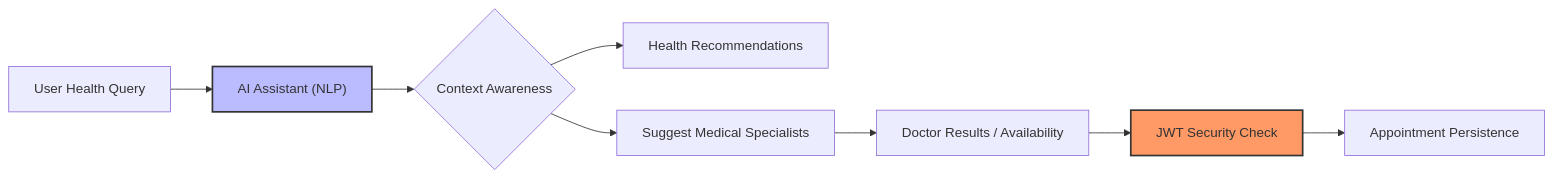
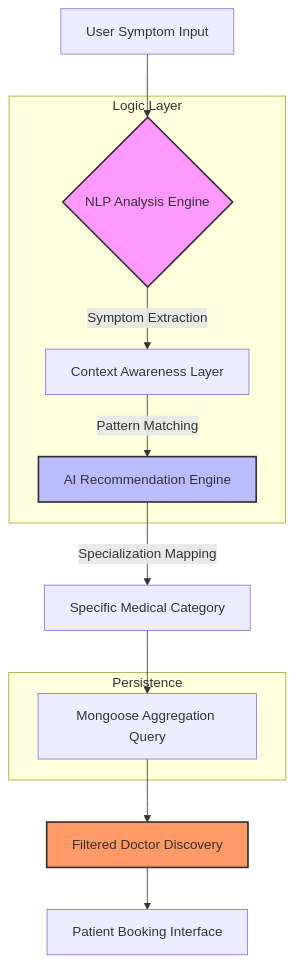
Before and after one commit to AmiTtiwari43/AmiTtiwari43: the third of 3 diagrams in README.md, drawn with Mermaid. The commit also changed other lines of this file, not shown here.

Commit message:
docs: Update README with new diagrams for secure appointment/payment pipeline and AI health triage.

````diff
--- a/README.md
+++ b/README.md
@@ -155,13 +159,24 @@
 ```mermaid
-graph LR
-    Input[User Health Query] --> AI["AI Assistant (NLP)"]
-    AI --> Logic{Context Awareness}
-    Logic --> Recommend[Health Recommendations]
-    Logic --> Search[Suggest Medical Specialists]
-    Search --> DocList[Doctor Results / Availability]
-    DocList --> Auth[JWT Security Check]
-    Auth --> Book[Appointment Persistence]
+graph TD
+    A[User Symptom Input] --> B{NLP Analysis Engine}
+    B -->|Symptom Extraction| C[Context Awareness Layer]
+    C -->|Pattern Matching| D[AI Recommendation Engine]
+    D -->|Specialization Mapping| E[Specific Medical Category]
+    E --> F[Mongoose Aggregation Query]
+    F --> G[Filtered Doctor Discovery]
+    G --> H[Patient Booking Interface]
+
+    subgraph "Logic Layer"
+        B
+        C
+        D
+    end
     
-    style AI fill:#bbf,stroke:#333,stroke-width:2px
-    style Auth fill:#f96,stroke:#333,stroke-width:2px
+    subgraph "Persistence"
+        F
+    end
+
+    style B fill:#f9f,stroke:#333,stroke-width:2px
+    style D fill:#bbf,stroke:#333,stroke-width:2px
+    style G fill:#f96,stroke:#333,stroke-width:2px
 ```
````
